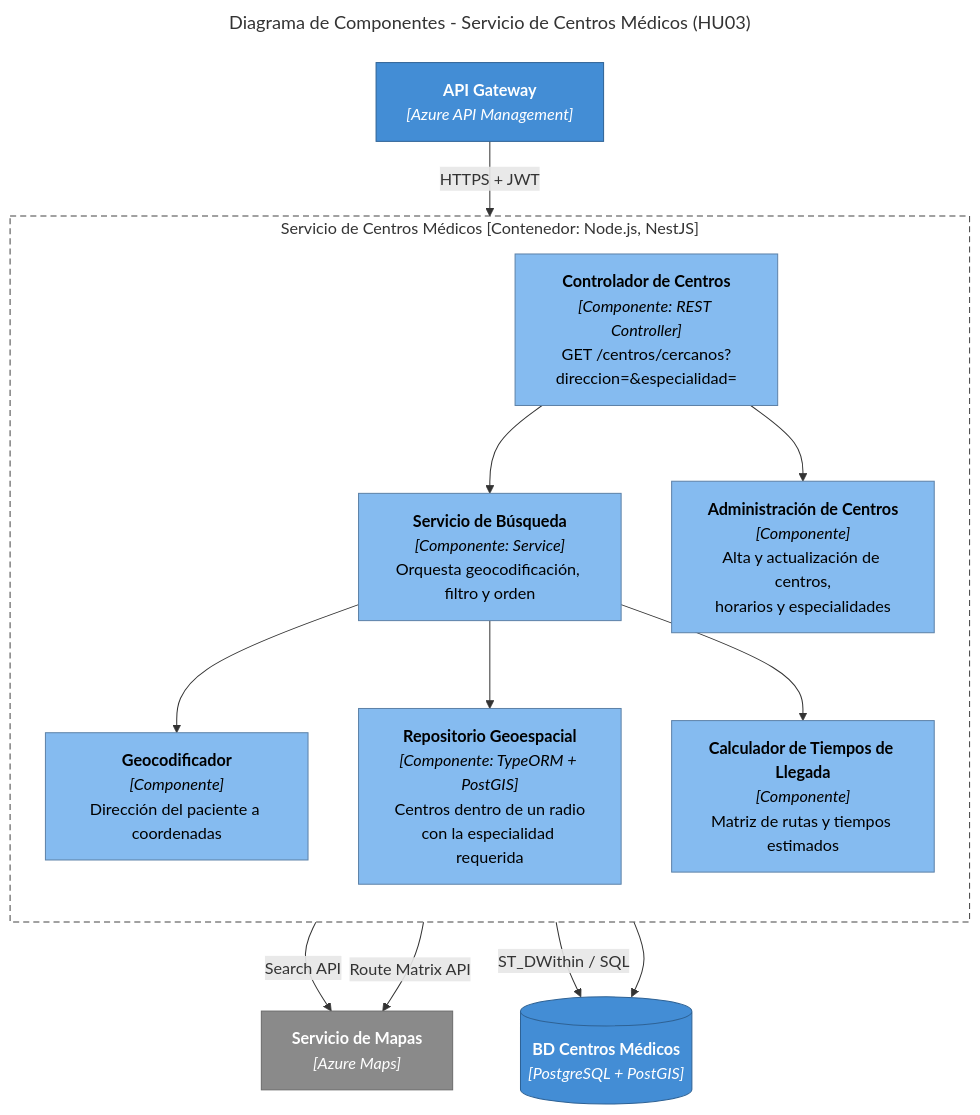
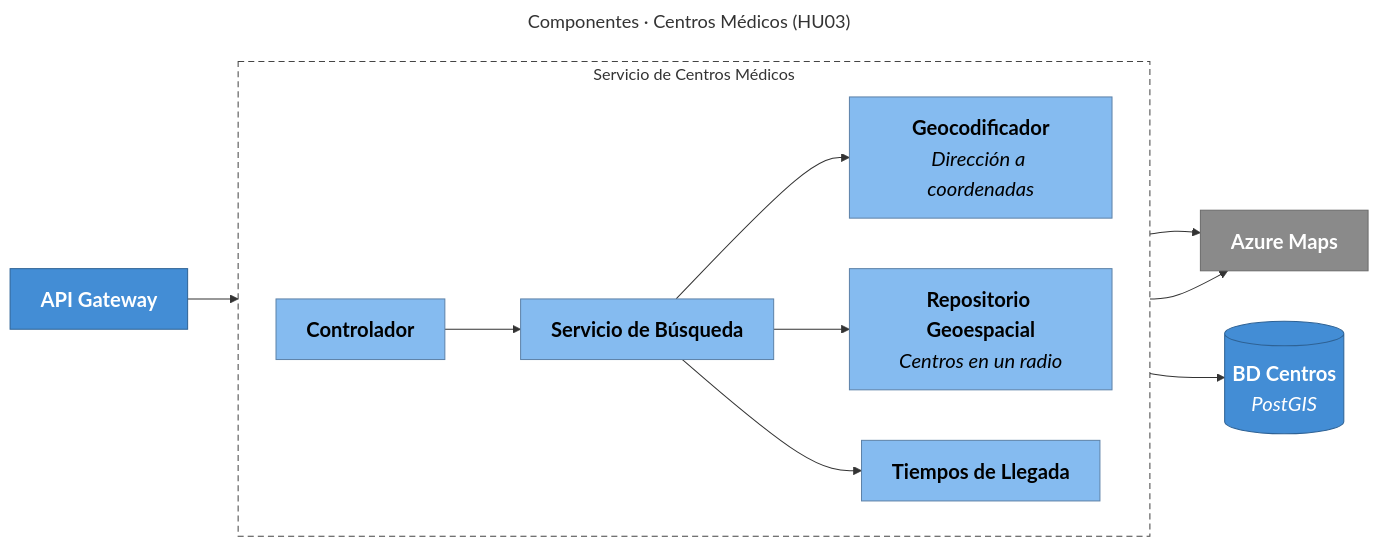
One commit to Jordy-Lv/medical-health-cloud-architecture changed the diagram in diagramas/03c-componentes-centros-medicos.mmd. Above: the diagram before and after it, drawn with Mermaid. The commit also changed 19 other files, not shown here.

Commit message:
Simplifica los diagramas para que se lean mejor en pantalla

```diff
--- a/diagramas/03c-componentes-centros-medicos.mmd
+++ b/diagramas/03c-componentes-centros-medicos.mmd
@@ -1,37 +1,28 @@
 ---
-title: Diagrama de Componentes - Servicio de Centros Médicos (HU03)
+title: Componentes · Centros Médicos (HU03)
 ---
-flowchart TB
-  gateway["<b>API Gateway</b><br/><i>[Azure API Management]</i>"]
-
-  subgraph svc["Servicio de Centros Médicos [Contenedor: Node.js, NestJS]"]
-    direction TB
-    controlador["<b>Controlador de Centros</b><br/><i>[Componente: REST Controller]</i><br/>GET /centros/cercanos?direccion=&especialidad="]
-    busqueda["<b>Servicio de Búsqueda</b><br/><i>[Componente: Service]</i><br/>Orquesta geocodificación, filtro y orden"]
-    geocodificador["<b>Geocodificador</b><br/><i>[Componente]</i><br/>Dirección del paciente a coordenadas"]
-    repoGeo["<b>Repositorio Geoespacial</b><br/><i>[Componente: TypeORM + PostGIS]</i><br/>Centros dentro de un radio<br/>con la especialidad requerida"]
-    rutas["<b>Calculador de Tiempos de Llegada</b><br/><i>[Componente]</i><br/>Matriz de rutas y tiempos estimados"]
-    admin["<b>Administración de Centros</b><br/><i>[Componente]</i><br/>Alta y actualización de centros,<br/>horarios y especialidades"]
+flowchart LR
+  gateway["<b>API Gateway</b>"]
+  subgraph svc["Servicio de Centros Médicos"]
+    direction LR
+    controlador["<b>Controlador</b>"]
+    busqueda["<b>Servicio de Búsqueda</b>"]
+    geo["<b>Geocodificador</b><br/><i>Dirección a coordenadas</i>"]
+    repo["<b>Repositorio Geoespacial</b><br/><i>Centros en un radio</i>"]
+    tiempos["<b>Tiempos de Llegada</b>"]
   end
-
-  db[("<b>BD Centros Médicos</b><br/><i>[PostgreSQL + PostGIS]</i>")]
-  mapas["<b>Servicio de Mapas</b><br/><i>[Azure Maps]</i>"]
-
-  gateway -- "HTTPS + JWT" --> controlador
-  controlador --> busqueda
-  controlador --> admin
-  busqueda --> geocodificador
-  busqueda --> repoGeo
-  busqueda --> rutas
-  geocodificador -- "Search API" --> mapas
-  rutas -- "Route Matrix API" --> mapas
-  repoGeo -- "ST_DWithin / SQL" --> db
-  admin --> db
-
-  classDef componente fill:#85bbf0,stroke:#5d82a8,color:#000000
-  classDef contenedor fill:#438dd5,stroke:#2e6295,color:#ffffff
-  classDef externo fill:#8a8a8a,stroke:#6b6b6b,color:#ffffff
-  class controlador,busqueda,geocodificador,repoGeo,rutas,admin componente
+  mapas["<b>Azure Maps</b>"]
+  db[("<b>BD Centros</b><br/><i>PostGIS</i>")]
+  gateway --> controlador --> busqueda
+  busqueda --> geo --> mapas
+  busqueda --> repo --> db
+  busqueda --> tiempos --> mapas
+  classDef persona fill:#08427b,stroke:#052e56,color:#ffffff,font-size:20px
+  classDef sistema fill:#1168bd,stroke:#0b4884,color:#ffffff,font-size:22px
+  classDef contenedor fill:#438dd5,stroke:#2e6295,color:#ffffff,font-size:20px
+  classDef componente fill:#85bbf0,stroke:#5d82a8,color:#000000,font-size:20px
+  classDef externo fill:#8a8a8a,stroke:#6b6b6b,color:#ffffff,font-size:20px
+  class controlador,busqueda,geo,repo,tiempos componente
   class gateway,db contenedor
   class mapas externo
   style svc fill:#ffffff,stroke:#444444,stroke-dasharray:6 4
```
